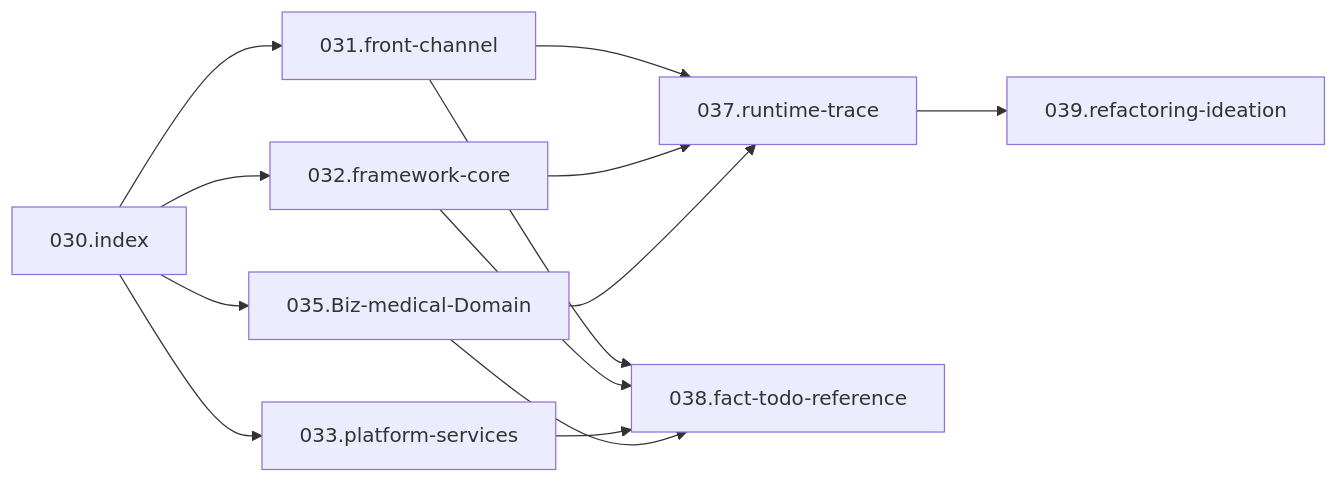
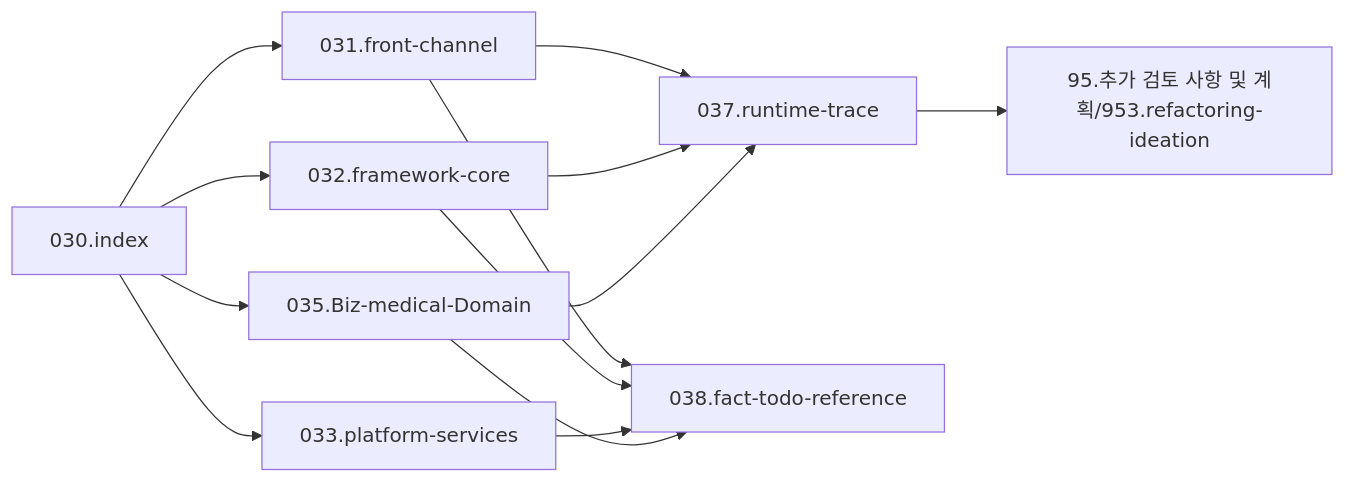
Before and after one commit to forsylph/nph: the diagram in 03.analysis_results/030.index/README.md, drawn with Mermaid. The commit also changed other lines of this file and 94 other files, not shown here.

````diff
--- a/03.analysis_results/030.index/README.md
+++ b/03.analysis_results/030.index/README.md
@@ -19,15 +19,15 @@
 ```mermaid
 flowchart LR
     I[030.index] --> F[031.front-channel]
     I --> C[032.framework-core]
     I --> P[033.platform-services]
     I --> D[035.Biz-medical-Domain]
     F --> T[037.runtime-trace]
     C --> T
     D --> T
-    T --> R[039.refactoring-ideation]
+    T --> R[95.추가 검토 사항 및 계획/953.refactoring-ideation]
     F --> X[038.fact-todo-reference]
     C --> X
     P --> X
     D --> X
 ```
````
